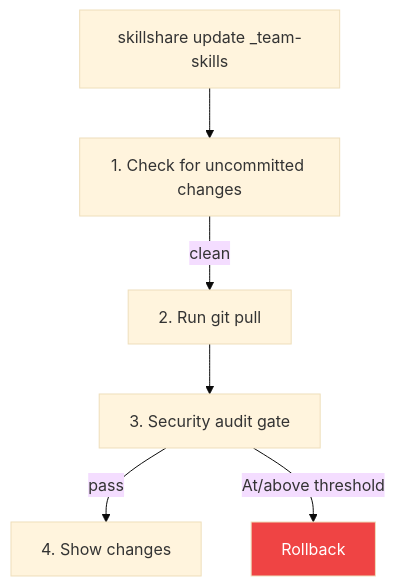
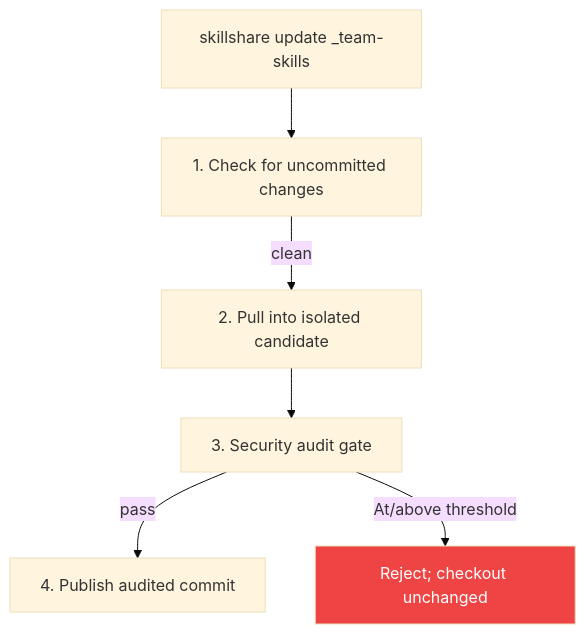
The first of 2 diagrams in website/i18n/ja/docusaurus-plugin-content-docs/current/reference/commands/update.md (runkids/skillshare), drawn with Mermaid (base theme) before and after one commit. The commit also changed other lines of this file and 52 other files, not shown here.

````diff
--- a/website/i18n/ja/docusaurus-plugin-content-docs/current/reference/commands/update.md
+++ b/website/i18n/ja/docusaurus-plugin-content-docs/current/reference/commands/update.md
@@ -37,13 +37,13 @@
 ```mermaid
 flowchart TD
     TITLE["skillshare update _team-skills"]
     S1["1. Check for uncommitted changes"]
-    S2["2. Run git pull"]
+    S2["2. Pull into isolated candidate"]
     S3["3. Security audit gate"]
-    S4["4. Show changes"]
+    S4["4. Publish audited commit"]
     TITLE --> S1 -- clean --> S2 --> S3
     S3 -- pass --> S4
-    S3 -- "At/above threshold" --> RB["Rollback"]
+    S3 -- "At/above threshold" --> RB["Reject; checkout unchanged"]
 
     style RB fill:#ef4444,color:#fff
 ```
````
